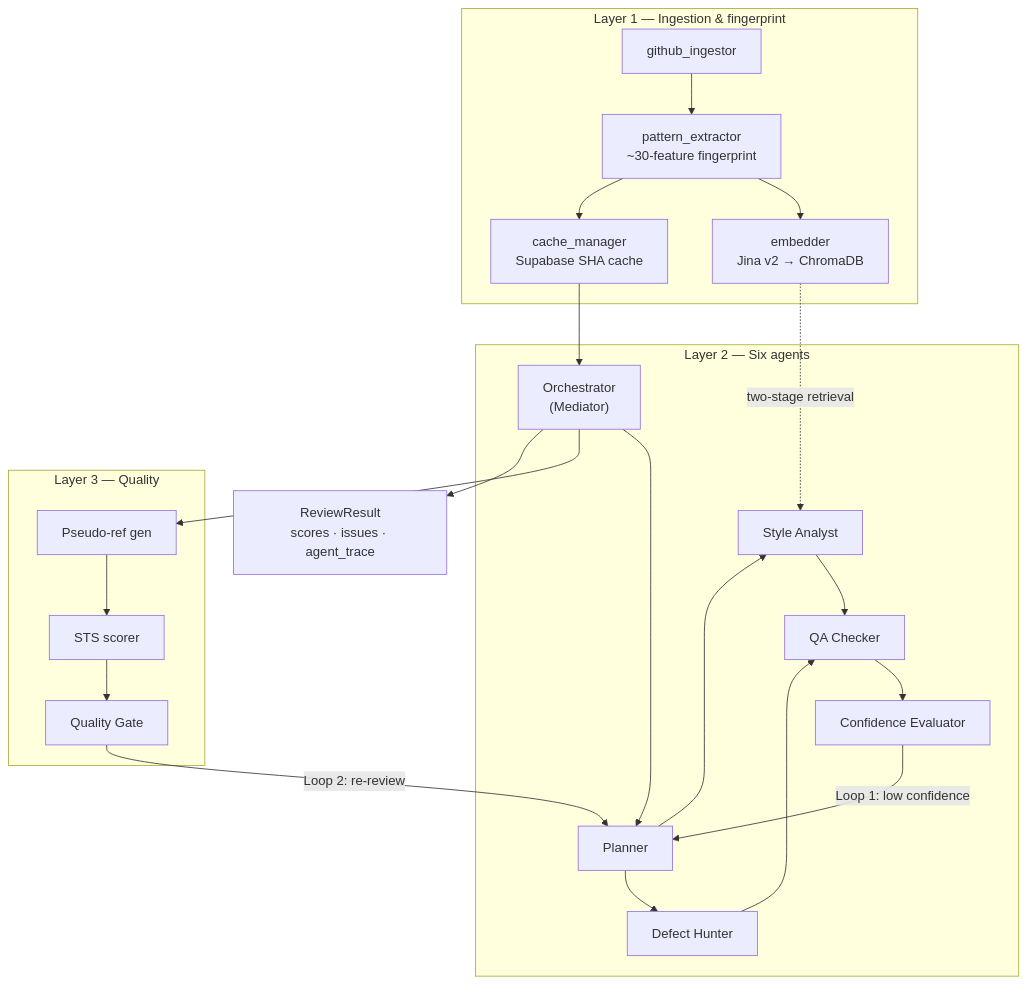
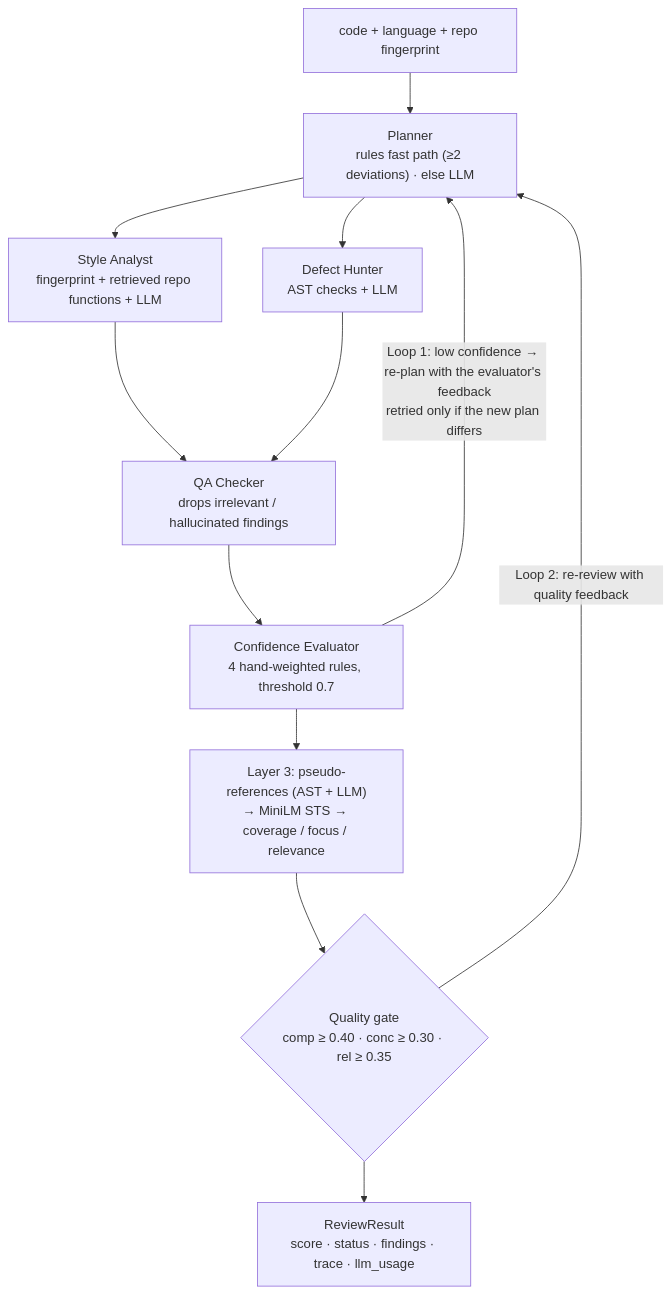
Before and after one commit to vaishnavi1064/PersonaCR: the sixth of 7 diagrams in README.md, drawn with Mermaid. The commit also changed other lines of this file and 27 other files, not shown here.

````diff
--- a/README.md
+++ b/README.md
@@ -23,38 +212,14 @@
 ```mermaid
 flowchart TB
-  subgraph Ingest["Layer 1 — Ingestion & fingerprint"]
-    GI["github_ingestor"]
-    PE["pattern_extractor<br/>~30-feature fingerprint"]
-    EM["embedder<br/>Jina v2 → ChromaDB"]
-    CM["cache_manager<br/>Supabase SHA cache"]
-  end
-
-  subgraph Agents["Layer 2 — Six agents"]
-    ORCH["Orchestrator<br/>(Mediator)"]
-    PL["Planner"]
-    SA["Style Analyst"]
-    DH["Defect Hunter"]
-    QA["QA Checker"]
-    CE["Confidence Evaluator"]
-  end
-
-  subgraph Eval["Layer 3 — Quality"]
-    PR["Pseudo-ref gen"]
-    STS["STS scorer"]
-    QG["Quality Gate"]
-  end
-
-  OUT["ReviewResult<br/>scores · issues · agent_trace"]
-
-  GI --> PE --> EM
-  PE --> CM
-  CM --> ORCH
-  EM -.->|two-stage retrieval| SA
-  ORCH --> PL
-  PL --> SA & DH
-  SA & DH --> QA --> CE
-  CE -->|Loop 1: low confidence| PL
-  ORCH --> PR --> STS --> QG
-  QG -->|Loop 2: re-review| PL
-  ORCH --> OUT
+  IN["code + language + repo fingerprint"] --> PL["Planner<br/>rules fast path (≥2 deviations) · else LLM"]
+  PL --> SA["Style Analyst<br/>fingerprint + retrieved repo functions + LLM"]
+  PL --> DH["Defect Hunter<br/>AST checks + LLM"]
+  SA --> QA["QA Checker<br/>drops irrelevant / hallucinated findings"]
+  DH --> QA
+  QA --> CE["Confidence Evaluator<br/>4 hand-weighted rules, threshold 0.7"]
+  CE -->|"Loop 1: low confidence → re-plan with the evaluator's feedback<br/>retried only if the new plan differs"| PL
+  CE --> L3["Layer 3: pseudo-references (AST + LLM)<br/>→ MiniLM STS → coverage / focus / relevance"]
+  L3 --> QG{"Quality gate<br/>comp ≥ 0.40 · conc ≥ 0.30 · rel ≥ 0.35"}
+  QG -->|"Loop 2: re-review with quality feedback"| PL
+  QG --> OUT["ReviewResult<br/>score · status · findings · trace · llm_usage"]
 ```
````
